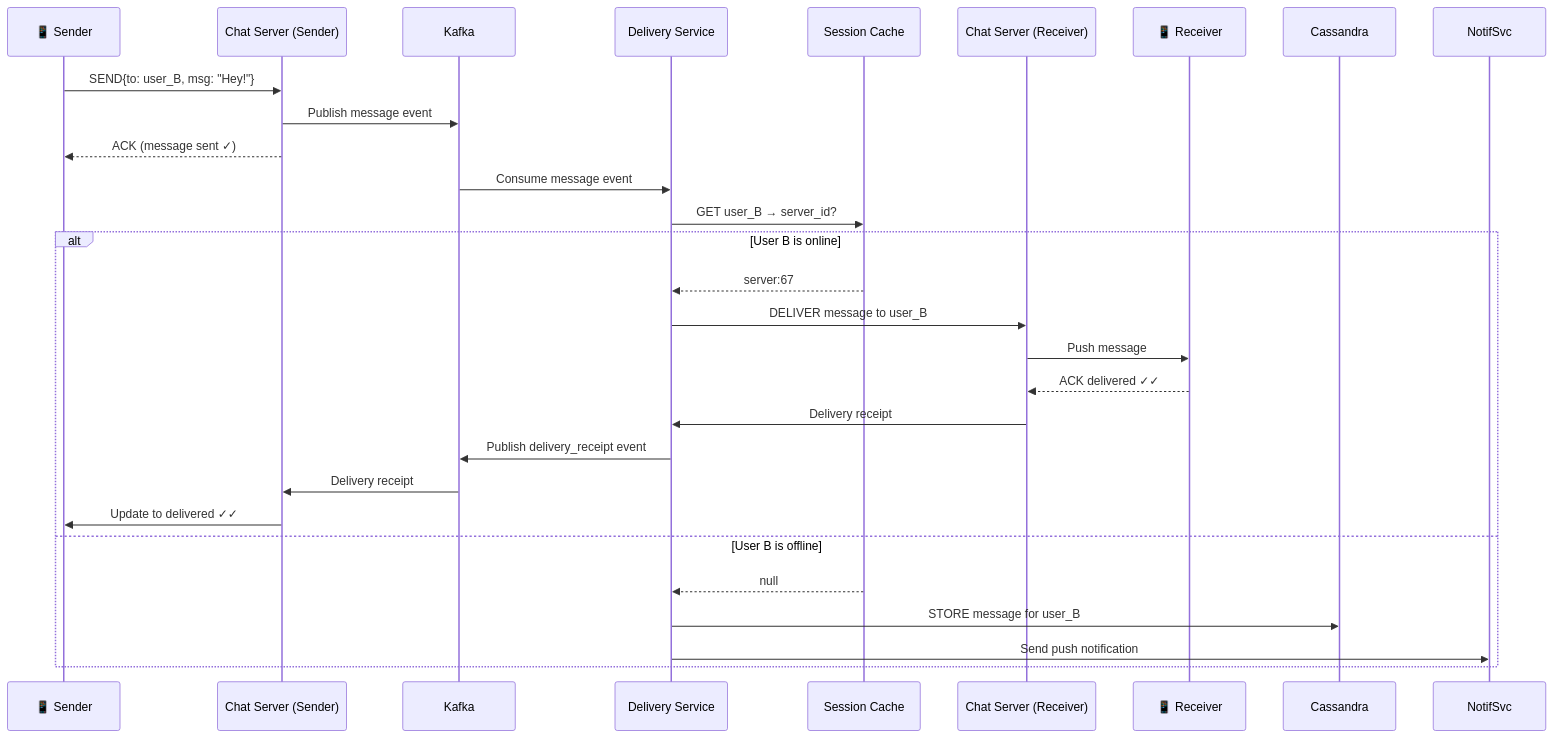
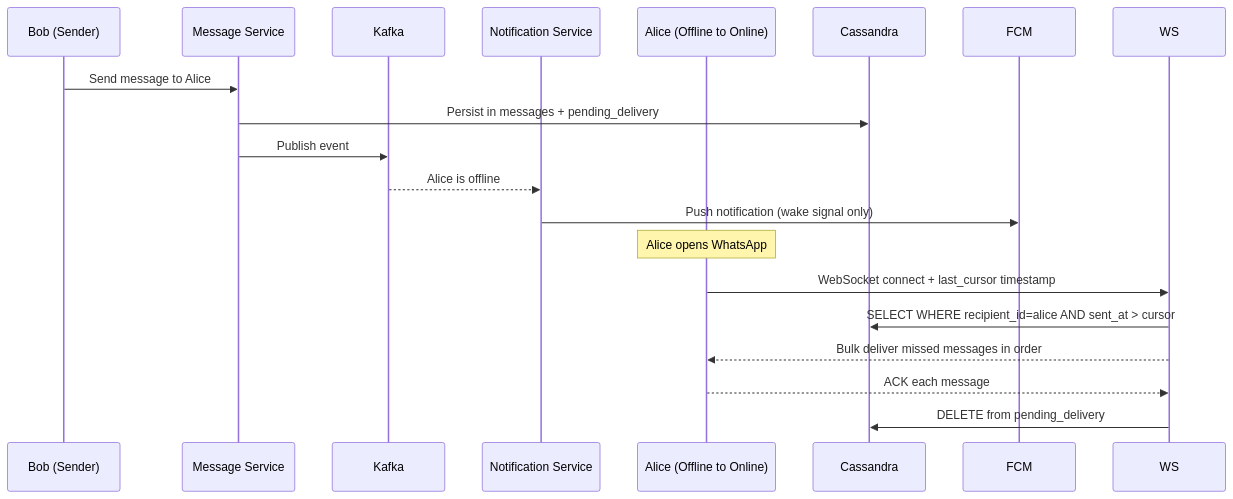
Before and after one commit to deepjyoti-dj7/JustDoIT: the sixth of 7 diagrams in docs/system-design/hld/real-world-systems/whatsapp.md, drawn with Mermaid. The commit also changed other lines of this file and 8 other files, not shown here.

````diff
--- a/docs/system-design/hld/real-world-systems/whatsapp.md
+++ b/docs/system-design/hld/real-world-systems/whatsapp.md
@@ -180,32 +533,20 @@
 ```mermaid
 sequenceDiagram
-    participant S as 📱 Sender
-    participant CS_S as Chat Server (Sender)
-    participant Kafka as Kafka
-    participant DS as Delivery Service
-    participant Redis as Session Cache
-    participant CS_R as Chat Server (Receiver)
-    participant R as 📱 Receiver
+    participant Bob as Bob (Sender)
+    participant MS as Message Service
+    participant K as Kafka
+    participant NS as Notification Service
+    participant Alice as Alice (Offline to Online)
 
-    S->>CS_S: SEND{to: user_B, msg: "Hey!"}
-    CS_S->>Kafka: Publish message event
-    CS_S-->>S: ACK (message sent ✓)
-
-    Kafka->>DS: Consume message event
-    DS->>Redis: GET user_B → server_id?
-
-    alt User B is online
-        Redis-->>DS: server:67
-        DS->>CS_R: DELIVER message to user_B
-        CS_R->>R: Push message
-        R-->>CS_R: ACK delivered ✓✓
-        CS_R->>DS: Delivery receipt
-        DS->>Kafka: Publish delivery_receipt event
-        Kafka->>CS_S: Delivery receipt
-        CS_S->>S: Update to delivered ✓✓
-    else User B is offline
-        Redis-->>DS: null
-        DS->>Cassandra: STORE message for user_B
-        DS->>NotifSvc: Send push notification
-    end
+    Bob->>MS: Send message to Alice
+    MS->>Cassandra: Persist in messages + pending_delivery
+    MS->>K: Publish event
+    K-->>NS: Alice is offline
+    NS->>FCM: Push notification (wake signal only)
+    Note over Alice: Alice opens WhatsApp
+    Alice->>WS: WebSocket connect + last_cursor timestamp
+    WS->>Cassandra: SELECT WHERE recipient_id=alice AND sent_at > cursor
+    WS-->>Alice: Bulk deliver missed messages in order
+    Alice-->>WS: ACK each message
+    WS->>Cassandra: DELETE from pending_delivery
 ```
````
